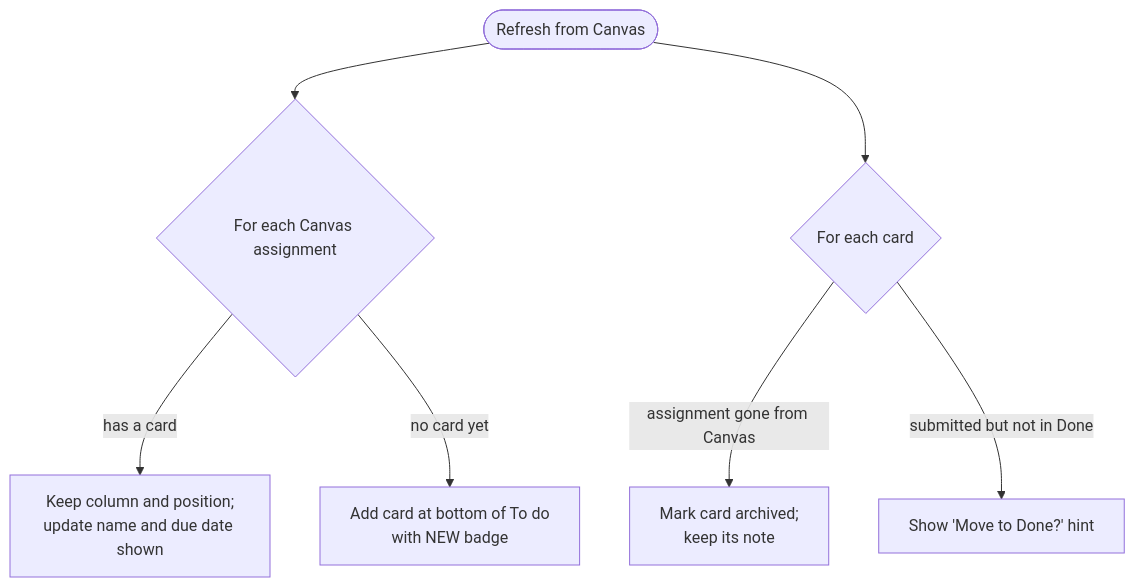
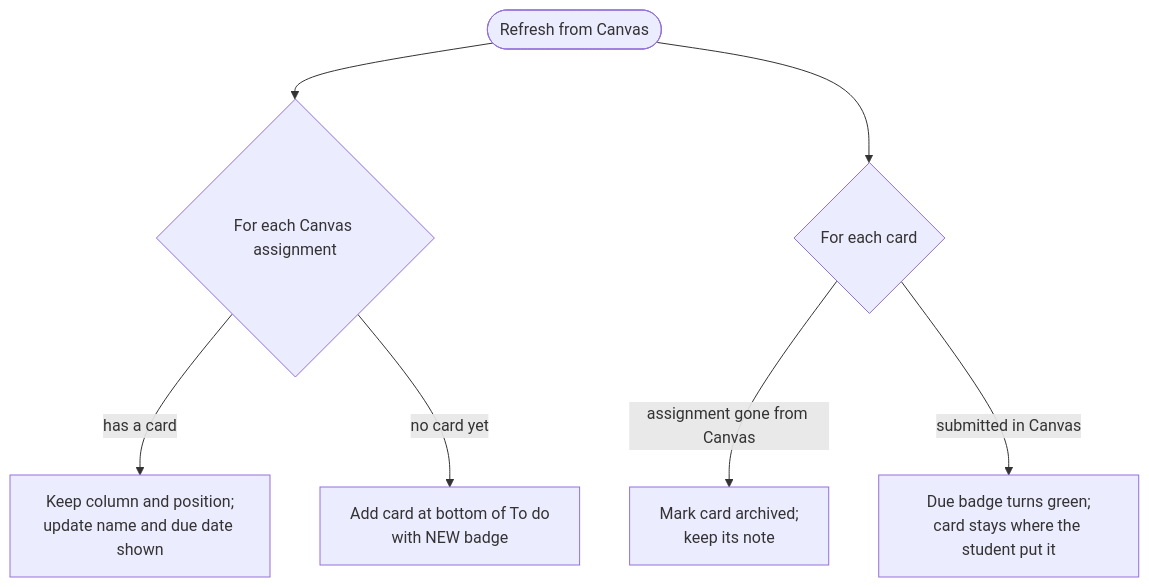
Before and after one commit to bbranton/TestProj: the sixth of 9 diagrams in docs/canvas-portal/04-wireframes-workflows.md, drawn with Mermaid. The commit also changed other lines of this file and 4 other files, not shown here.

First line of the commit message:
Remove the Move to Done hint (FR-37); cards move only by dragging

````diff
--- a/docs/canvas-portal/04-wireframes-workflows.md
+++ b/docs/canvas-portal/04-wireframes-workflows.md
@@ -423,9 +424,9 @@
 ```mermaid
 flowchart TD
     A([Refresh from Canvas]) --> B{For each Canvas assignment}
     B -- has a card --> C[Keep column and position;<br/>update name and due date shown]
     B -- no card yet --> D[Add card at bottom of To do<br/>with NEW badge]
     A --> E{For each card}
     E -- assignment gone from Canvas --> F[Mark card archived;<br/>keep its note]
-    E -- submitted but not in Done --> G[Show 'Move to Done?' hint]
+    E -- submitted in Canvas --> G[Due badge turns green;<br/>card stays where the student put it]
 ```
````
